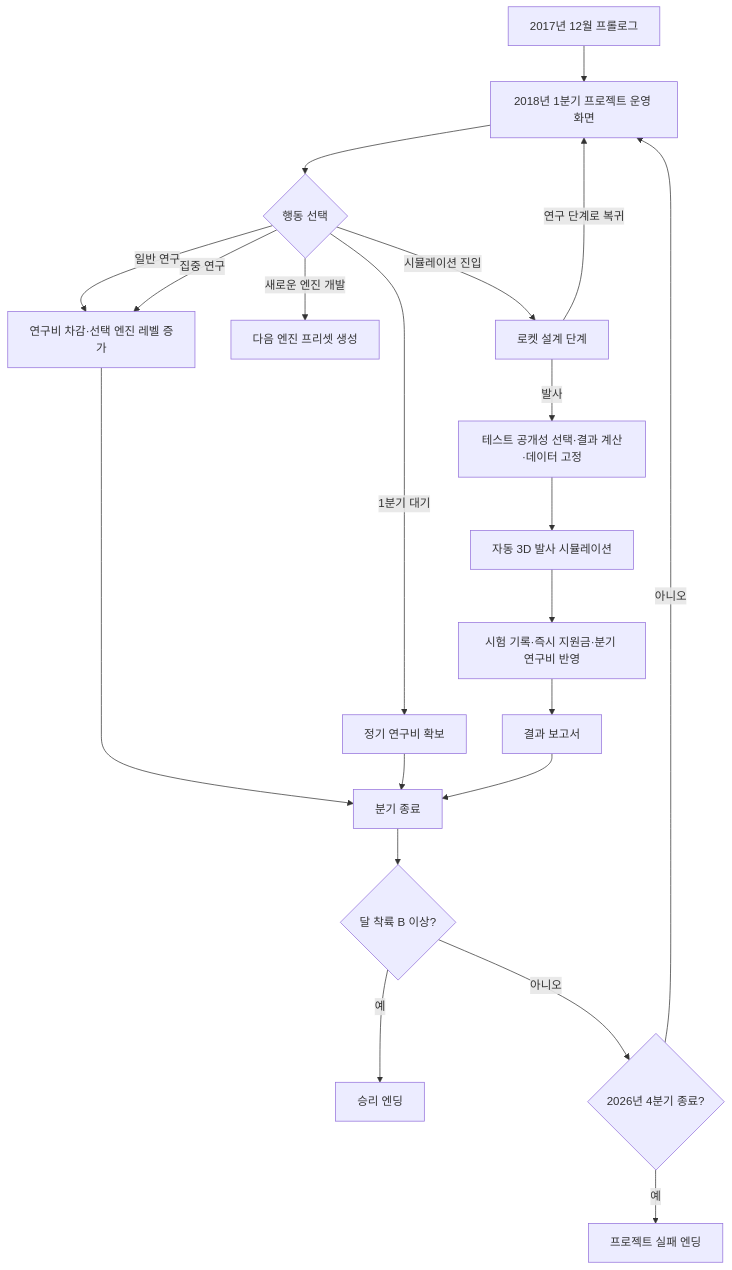
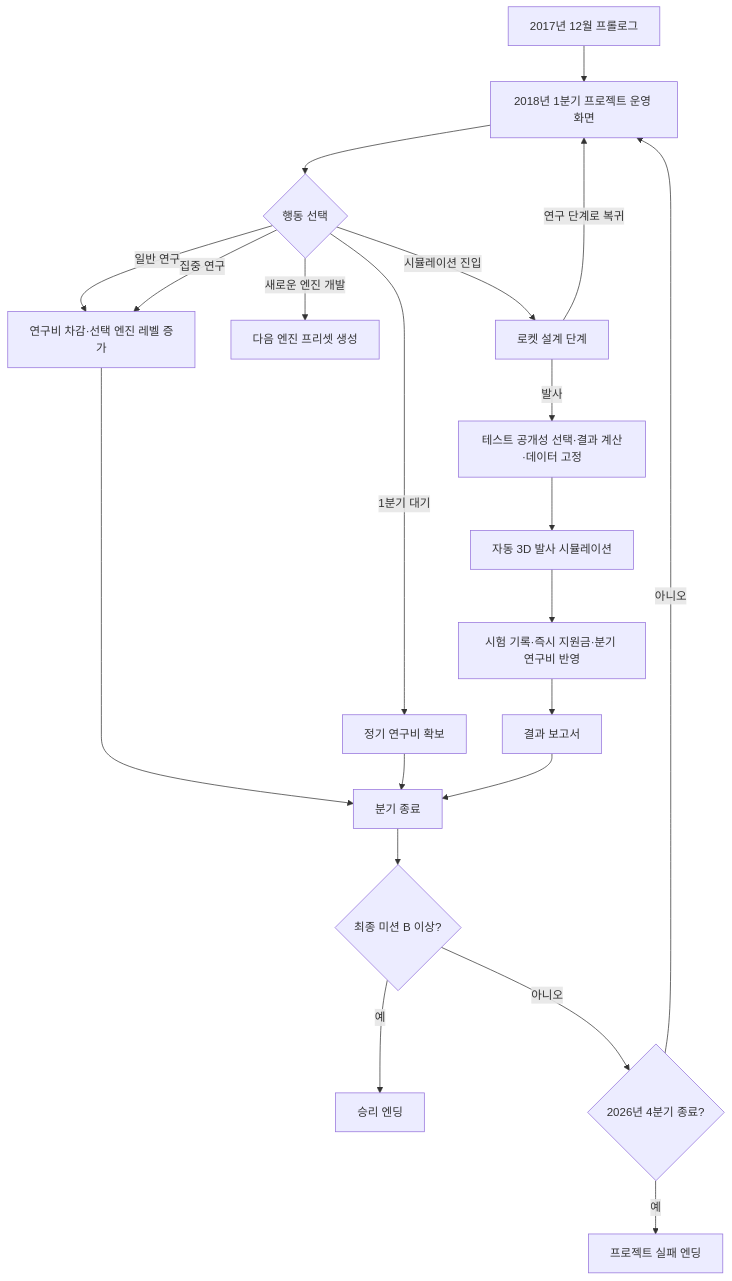
Before and after one commit to NHNAI-26/2026NHNAI: the first of 2 diagrams in docs/artemis-2026-gdd/02_전체_플레이_흐름.md, drawn with Mermaid. The commit also changed other lines of this file and 17 other files, not shown here.

````diff
--- a/docs/artemis-2026-gdd/02_전체_플레이_흐름.md
+++ b/docs/artemis-2026-gdd/02_전체_플레이_흐름.md
@@ -8,23 +8,23 @@
 ```mermaid
 flowchart TD
     A[2017년 12월 프롤로그] --> B[2018년 1분기 프로젝트 운영 화면]
     B --> C{행동 선택}
     C -->|일반 연구| D[연구비 차감·선택 엔진 레벨 증가]
     C -->|집중 연구| D
     C -->|새로운 엔진 개발| P[다음 엔진 프리셋 생성]
     C -->|1분기 대기| E[정기 연구비 확보]
     C -->|시뮬레이션 진입| F[로켓 설계 단계]
     F -->|연구 단계로 복귀| B
     F -->|발사| G[테스트 공개성 선택·결과 계산·데이터 고정]
     G --> H[자동 3D 발사 시뮬레이션]
     H --> I[시험 기록·즉시 지원금·분기 연구비 반영]
     I --> Q[결과 보고서]
     D --> J[분기 종료]
     E --> J
     Q --> J
-    J --> K{달 착륙 B 이상?}
+    J --> K{최종 미션 B 이상?}
     K -->|예| L[승리 엔딩]
     K -->|아니오| M{2026년 4분기 종료?}
     M -->|아니오| B
     M -->|예| N[프로젝트 실패 엔딩]
 ```
````
